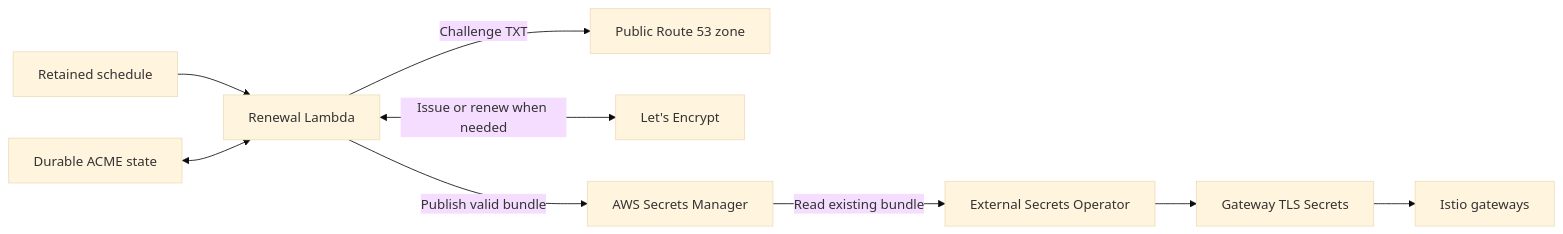
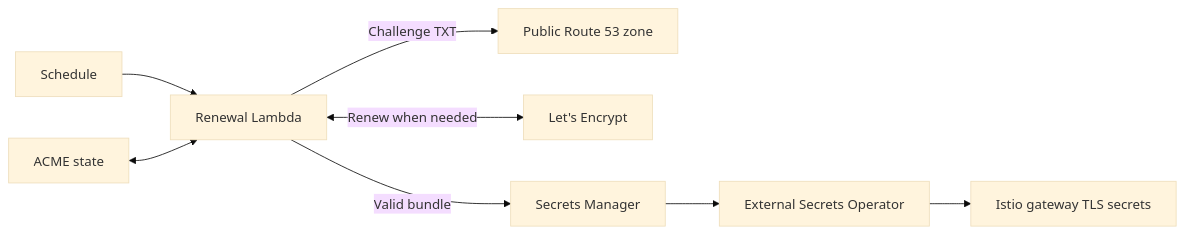
One commit to mgajewskik/aws-eks-platform changed the second of 3 diagrams in ARCHITECTURE.md. Above: the diagram before and after it, drawn with Mermaid (base theme). The commit also changed other lines of this file and 13 other files, not shown here.

First line of the commit message:
docs: present the repository as a reusable reference architecture

````diff
--- a/ARCHITECTURE.md
+++ b/ARCHITECTURE.md
@@ -89,11 +73,10 @@
 ```mermaid
 flowchart LR
-    Schedule[Retained schedule] --> Lambda[Renewal Lambda]
-    State[Durable ACME state] <--> Lambda
+    Schedule[Schedule] --> Lambda[Renewal Lambda]
+    State[ACME state] <--> Lambda
     Lambda -->|Challenge TXT| DNS[Public Route 53 zone]
-    Lambda <-->|Issue or renew when needed| CA[Let's Encrypt]
-    Lambda -->|Publish valid bundle| Store[AWS Secrets Manager]
-    Store -->|Read existing bundle| ESO[External Secrets Operator]
-    ESO --> Secrets[Gateway TLS Secrets]
-    Secrets --> Envoy[Istio gateways]
+    Lambda <-->|Renew when needed| CA[Let's Encrypt]
+    Lambda -->|Valid bundle| Store[Secrets Manager]
+    Store --> ESO[External Secrets Operator]
+    ESO --> Envoy[Istio gateway TLS secrets]
 ```
````
